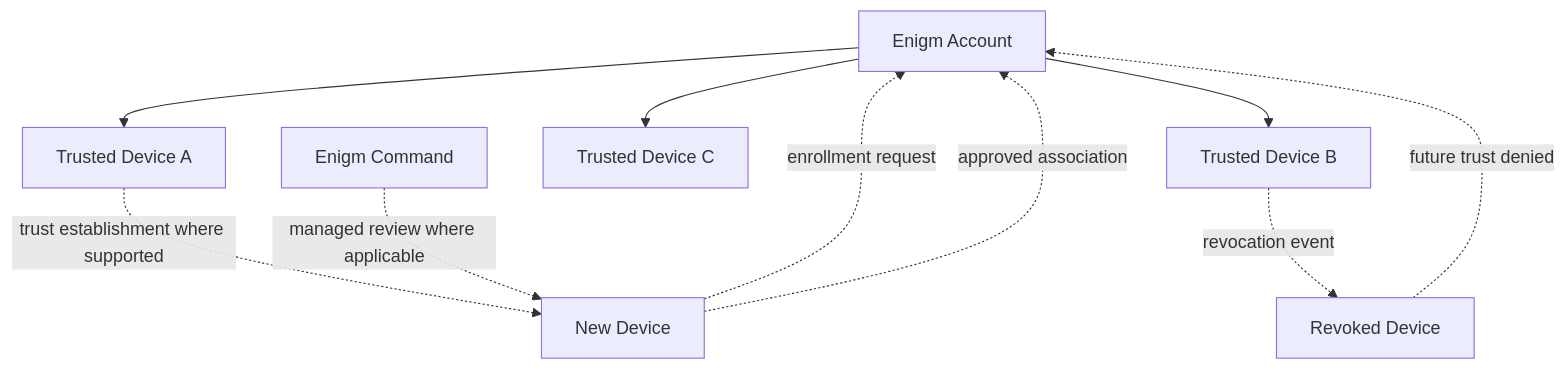
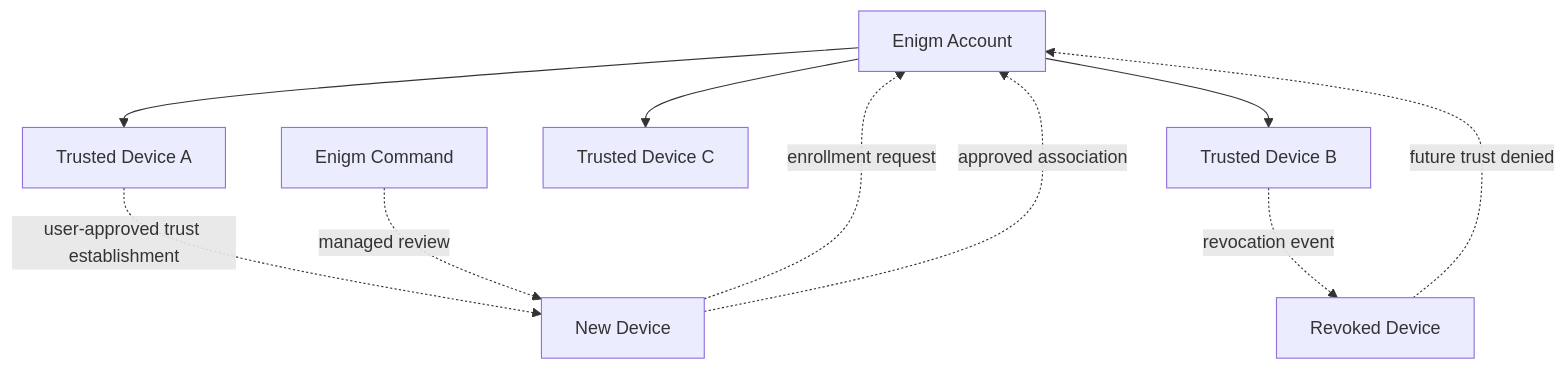
Before and after one commit to enigm-llc/docs: the diagram in app/multi-device.mdx, drawn with Mermaid. The commit also changed other lines of this file and 53 other files, not shown here.

````diff
--- a/app/multi-device.mdx
+++ b/app/multi-device.mdx
@@ -150,22 +150,22 @@
 ```mermaid
 flowchart TD
   Account["Enigm Account"]
   A["Trusted Device A"]
   B["Trusted Device B"]
   C["Trusted Device C"]
   Candidate["New Device"]
   Revoked["Revoked Device"]
   Control["Enigm Command"]
 
   Account --> A
   Account --> B
   Account --> C
 
   Candidate -. "enrollment request" .-> Account
-  A -. "trust establishment where supported" .-> Candidate
-  Control -. "managed review where applicable" .-> Candidate
+  A -. "user-approved trust establishment" .-> Candidate
+  Control -. "managed review" .-> Candidate
   Candidate -. "approved association" .-> Account
 
   B -. "revocation event" .-> Revoked
   Revoked -. "future trust denied" .-> Account
 ```
````
